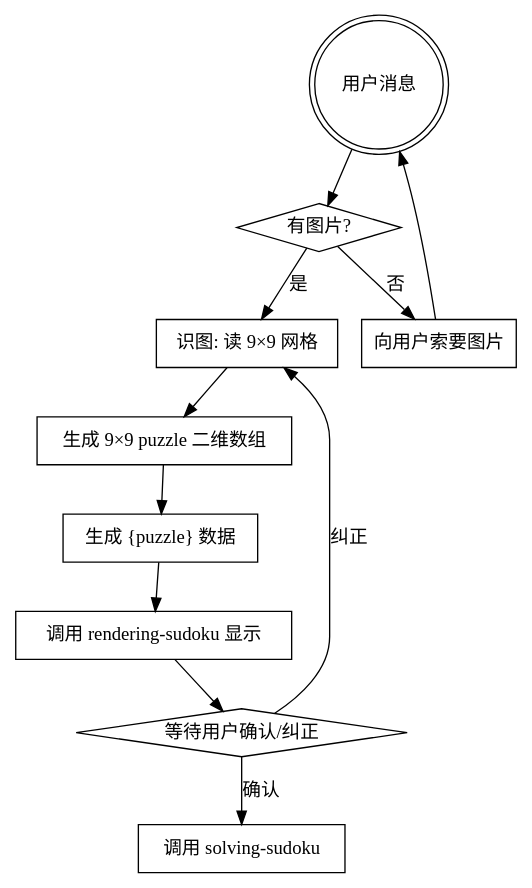
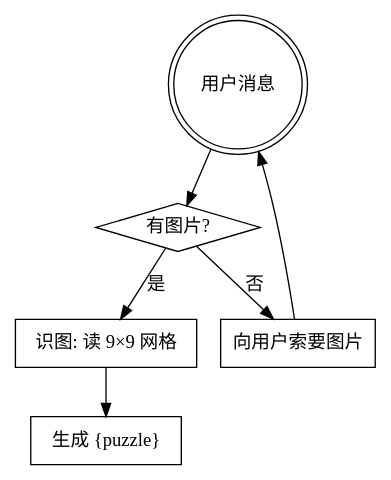
One commit to HakurouKen/puzzle-solver changed the diagram in packages/sudoku/skills/decoding-sudoku/SKILL.md. Above: the diagram before and after it, drawn with Graphviz. The commit also changed other lines of this file and 13 other files, not shown here.

````diff
--- a/packages/sudoku/skills/decoding-sudoku/SKILL.md
+++ b/packages/sudoku/skills/decoding-sudoku/SKILL.md
@@ -12,22 +12,14 @@
 ```dot
 digraph flow {
     "用户消息" [shape=doublecircle];
     "有图片?" [shape=diamond];
     "向用户索要图片" [shape=box];
     "识图: 读 9×9 网格" [shape=box];
-    "生成 9×9 puzzle 二维数组" [shape=box];
-    "生成 {puzzle} 数据" [shape=box];
-    "调用 rendering-sudoku 显示" [shape=box];
-    "等待用户确认/纠正" [shape=diamond];
-    "调用 solving-sudoku" [shape=box];
+    "生成 {puzzle}" [shape=box];
     "用户消息" -> "有图片?";
     "有图片?" -> "识图: 读 9×9 网格" [label="是"];
     "有图片?" -> "向用户索要图片" [label="否"];
     "向用户索要图片" -> "用户消息";
-    "识图: 读 9×9 网格" -> "生成 9×9 puzzle 二维数组"
-        -> "生成 {puzzle} 数据" -> "调用 rendering-sudoku 显示"
-        -> "等待用户确认/纠正";
-    "等待用户确认/纠正" -> "调用 solving-sudoku" [label="确认"];
-    "等待用户确认/纠正" -> "识图: 读 9×9 网格" [label="纠正"];
+    "识图: 读 9×9 网格" -> "生成 {puzzle}";
 }
 ```
````
